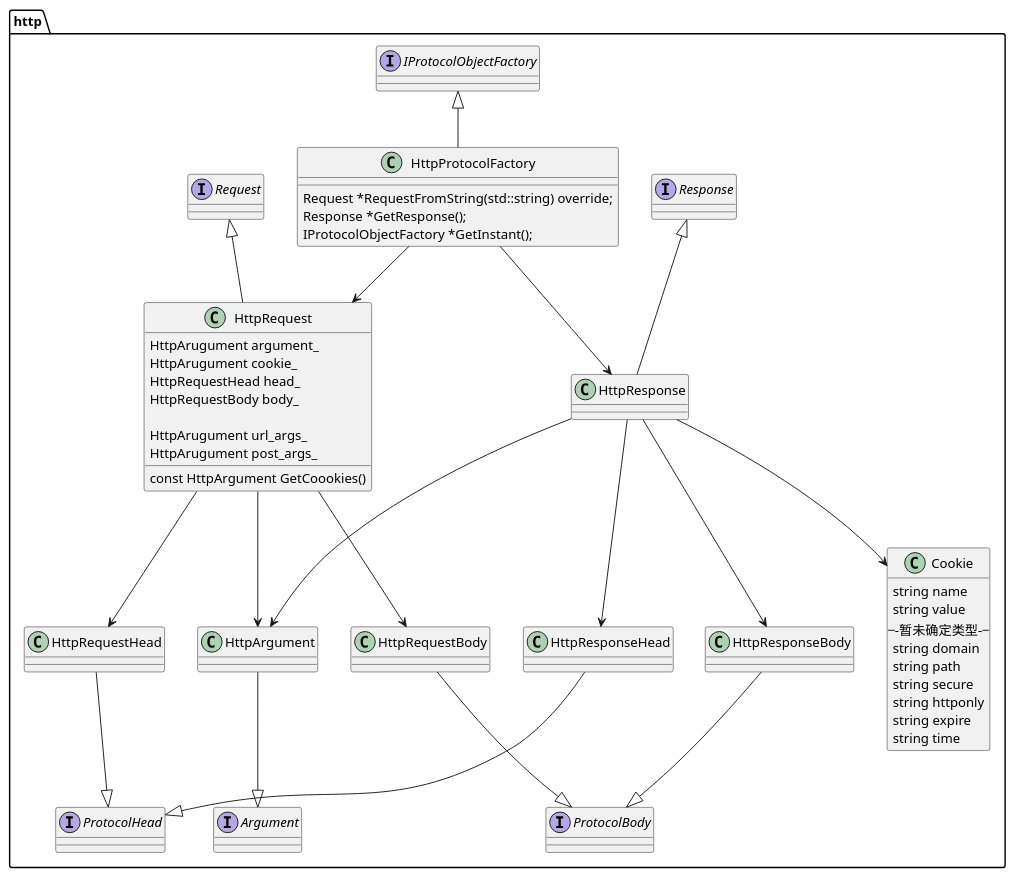
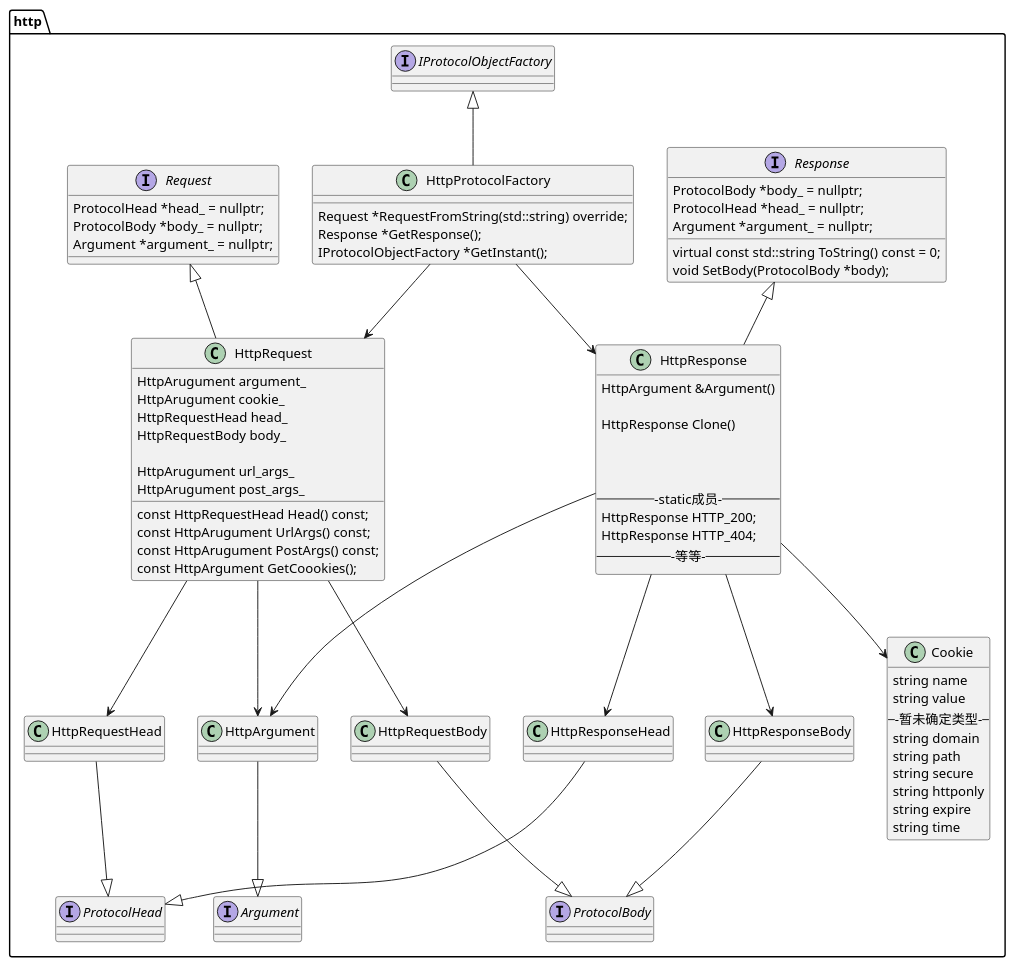
Before and after one commit to lzxZz/dlagon: the diagram in doc/http/struct.wsd, drawn with PlantUML. The commit also changed 22 other files, not shown here.

```diff
--- a/doc/http/struct.wsd
+++ b/doc/http/struct.wsd
@@ -1,110 +1,137 @@
 @startuml "http_struct"
 
 ' package net{
 '    class Socket{
 '       std::shared_ptr<int> fd_
 '    }
 '    class EndPoint
 '    class TcpServerSocket{
 '       void Bind(int)
 '       void Listen(int)
 '       TcpClientSocket  *Accept()
 '    }
 '    class TcpClientSocket{
 '       void Send(std::string)
 '       std::string Received()
 '       void Connect()
 '    }
 
 '    interface INetServerSocketAdapter
 '    interface INetClientSocketAdapter
 
 '    INetServerSocketAdapter <|-- TcpServerSocket 
 '    INetClientSocketAdapter <|-- TcpClientSocket 
 '    Socket <-- TcpClientSocket 
 '    EndPoint <-- TcpClientSocket 
 '    Socket <-- TcpServerSocket 
 ' }
 
 package http{
-   interface Response
-   interface Request
+   interface Response{
+      ProtocolBody *body_ = nullptr;
+      ProtocolHead *head_ = nullptr;
+      Argument *argument_ = nullptr;
+
+      virtual const std::string ToString() const = 0;
+      void SetBody(ProtocolBody *body);
+   }
+   interface Request{
+      ProtocolHead *head_ = nullptr;
+      ProtocolBody *body_ = nullptr;
+      Argument *argument_ = nullptr;
+   }
    interface Argument
    interface ProtocolHead
    interface ProtocolBody
    
    
 
-   class HttpResponse
+   class HttpResponse{
+      HttpArgument &Argument()
+      
+      HttpResponse Clone()
+
+
+
+      ---static成员---
+      HttpResponse HTTP_200;
+      HttpResponse HTTP_404;
+      ---等等---
+   }
    class HttpRequest{
       HttpArugument argument_
       HttpArugument cookie_
       HttpRequestHead head_
       HttpRequestBody body_
       
       HttpArugument url_args_
       HttpArugument post_args_
-      const HttpArgument GetCoookies()
+
+      const HttpRequestHead Head() const;
+      const HttpArugument UrlArgs() const;
+      const HttpArugument PostArgs() const;
+      const HttpArgument GetCoookies();
+      
    }
 
    class HttpResponseHead
    class HttpRequestHead
 
    class HttpResponseBody
    class HttpRequestBody
 
    class HttpArgument
 
    HttpArgument --|> Argument
 
    HttpResponseBody --|> ProtocolBody
    HttpRequestBody  --|> ProtocolBody
 
    HttpResponseHead --|> ProtocolHead
    HttpRequestHead --|> ProtocolHead
 
    Response <|-- HttpResponse
    Request  <|-- HttpRequest 
 
 
    HttpRequest --> HttpRequestHead
    HttpRequest --> HttpArgument
    HttpRequest --> HttpRequestBody  
 
    HttpResponse --> HttpResponseHead
    HttpResponse --> HttpArgument
    HttpResponse --> HttpResponseBody
 
    interface IProtocolObjectFactory
 
    class HttpProtocolFactory{
       Request *RequestFromString(std::string) override;
       Response *GetResponse();
       IProtocolObjectFactory *GetInstant();
    }
 
 
    HttpProtocolFactory --> HttpResponse
    HttpProtocolFactory --> HttpRequest
 
    IProtocolObjectFactory <|-- HttpProtocolFactory
 
    class Cookie{
       string name
       string value
       ---暂未确定类型---
       string domain
       string path
       string secure
       string httponly
       string expire
       string time
    }
 
    HttpResponse --> Cookie
 }
 
 
 
 
 @enduml
```
